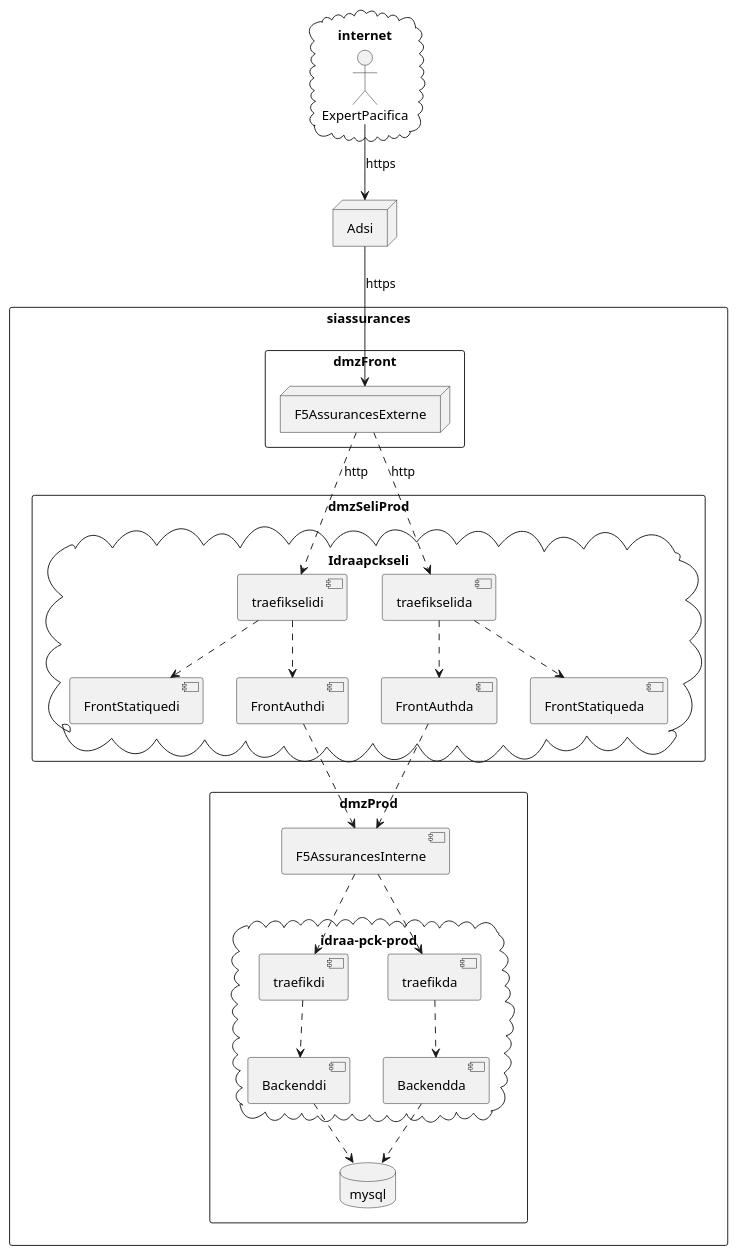
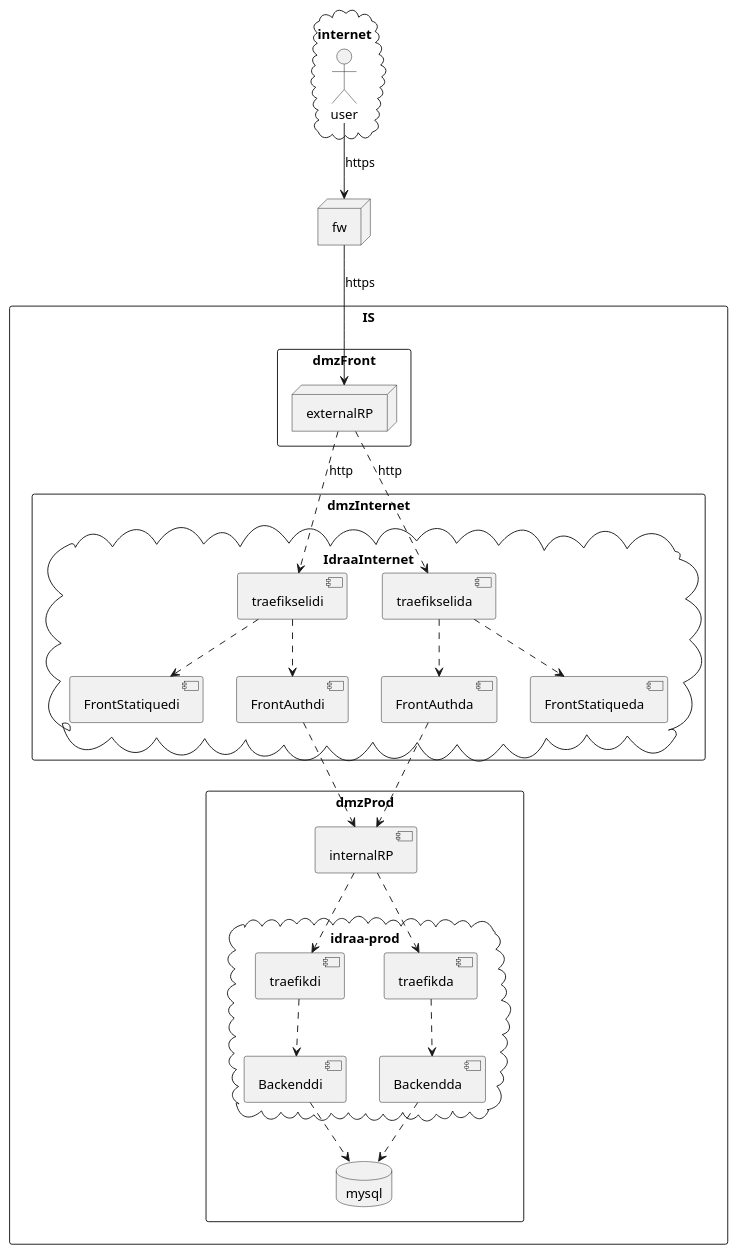
Before and after one commit to BCoskun/myjournal: the diagram in deploy-test.puml, drawn with PlantUML.

```diff
--- a/deploy-test.puml
+++ b/deploy-test.puml
@@ -1,72 +1,72 @@
 @startuml
  
 
 cloud internet {
-   actor ExpertPacifica 
+   actor user 
 }
 
-node Adsi 
+node fw 
 
-ExpertPacifica -d-> Adsi: https
-Rectangle siassurances {
+user -d-> fw: https
+Rectangle IS {
 
 Rectangle dmzFront {
-Node F5AssurancesExterne
+Node externalRP
 }
 
-Adsi -d-> F5AssurancesExterne: https
+fw -d-> externalRP: https
 
-Rectangle dmzSeliProd {
-Cloud Idraapckseli {
+Rectangle dmzInternet {
+Cloud IdraaInternet {
    component traefikselidi
 component traefikselida
 
    Component FrontAuthda
 Component FrontAuthdi
    Component FrontStatiquedi
 Component FrontStatiqueda
 }
 }
 
-F5AssurancesExterne .d.> traefikselidi: http
+externalRP .d.> traefikselidi: http
 
-F5AssurancesExterne .d.> traefikselida: http
+externalRP .d.> traefikselida: http
 
 traefikselidi .d.> FrontStatiquedi
 traefikselidi .d.> FrontAuthdi
 
 traefikselida .d.> FrontStatiqueda
 traefikselida .d.> FrontAuthda
 
 Rectangle dmzProd {
-Component F5AssurancesInterne
+Component internalRP
 
-FrontAuthdi .d.> F5AssurancesInterne
+FrontAuthdi .d.> internalRP
 
-FrontAuthda .d.> F5AssurancesInterne
+FrontAuthda .d.> internalRP
 
 
-Cloud idraa-pck-prod {
+Cloud idraa-prod {
 Component traefikdi
 Component Backenddi
 Component traefikda
 Component Backendda
 }
 
 Database mysql
 }
 
- F5AssurancesInterne .d.> traefikdi
+ internalRP .d.> traefikdi
 
-F5AssurancesInterne .d.> traefikda
+internalRP .d.> traefikda
 
 traefikdi .d.> Backenddi
 traefikda .d.> Backendda
 
 
 Backendda .d.> mysql
 Backenddi .d.> mysql
 
 
 }
 @enduml
```
